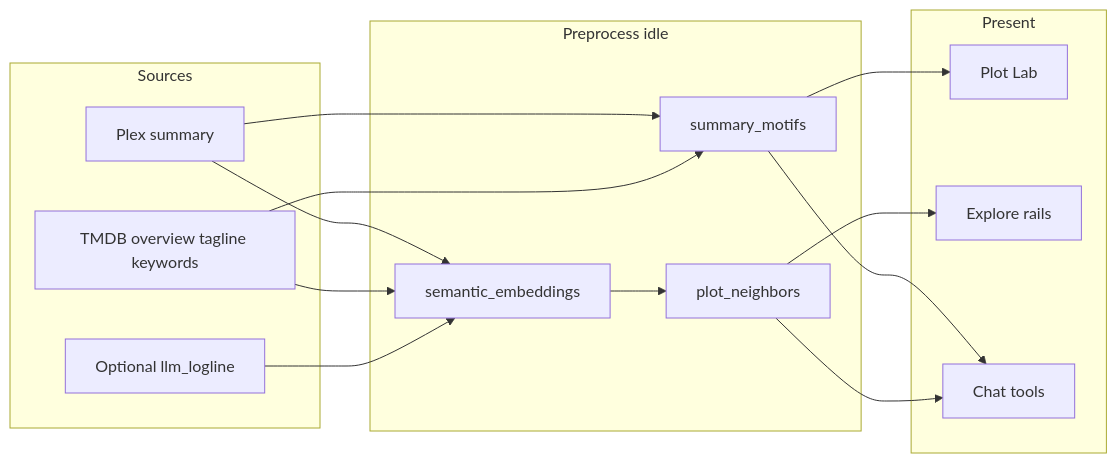
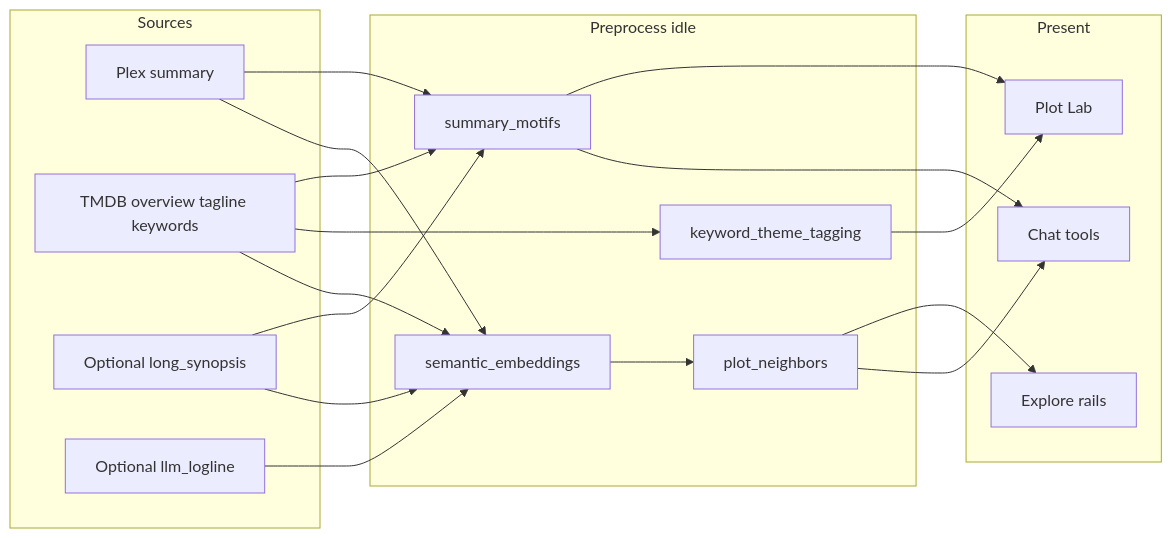
Before and after one commit to romwil/curatorx: the diagram in docs/CURATOR_KNOWLEDGE.md, drawn with Mermaid. The commit also changed other lines of this file and 54 other files, not shown here.

First line of the commit message:
v1.8.9: Knowledge Wave 2 — long synopsis, theme facets, coverage UI.

````diff
--- a/docs/CURATOR_KNOWLEDGE.md
+++ b/docs/CURATOR_KNOWLEDGE.md
@@ -59,28 +59,34 @@
 ```mermaid
 flowchart LR
   subgraph sources [Sources]
     Plex[Plex summary]
     TMDB[TMDB overview tagline keywords]
+    Long[Optional long_synopsis]
     LLM[Optional llm_logline]
   end
   subgraph preprocess [Preprocess idle]
     Motifs[summary_motifs]
+    Themes[keyword_theme_tagging]
     Embed[semantic_embeddings]
     Neigh[plot_neighbors]
   end
   subgraph present [Present]
     PlotLab[Plot Lab]
     Explore[Explore rails]
     Chat[Chat tools]
   end
   Plex --> Motifs
   TMDB --> Motifs
+  Long --> Motifs
+  TMDB --> Themes
   Plex --> Embed
   TMDB --> Embed
+  Long --> Embed
   LLM --> Embed
   Motifs --> PlotLab
+  Themes --> PlotLab
   Embed --> Neigh
   Neigh --> Explore
   Motifs --> Chat
   Neigh --> Chat
 ```
````
